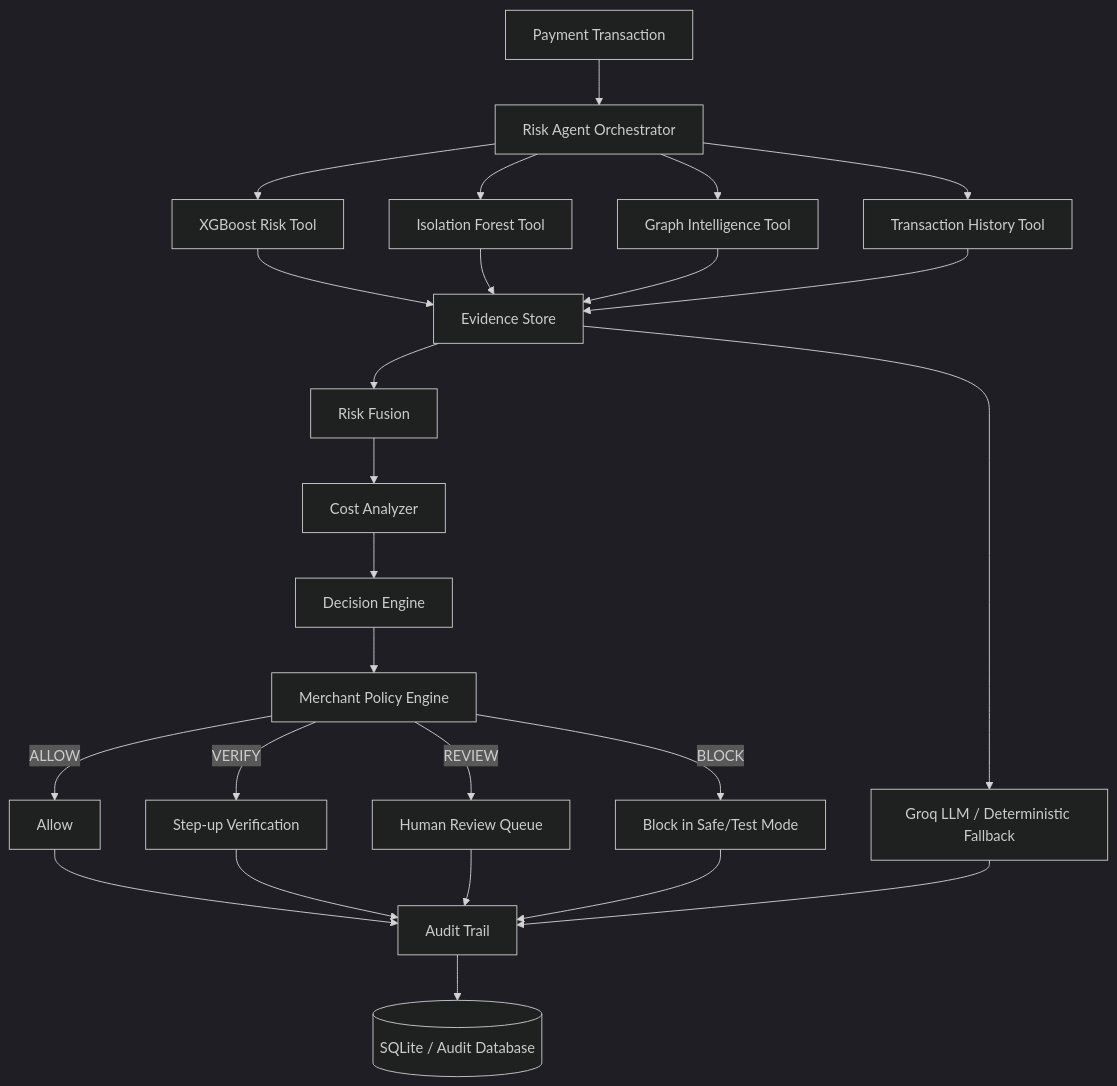
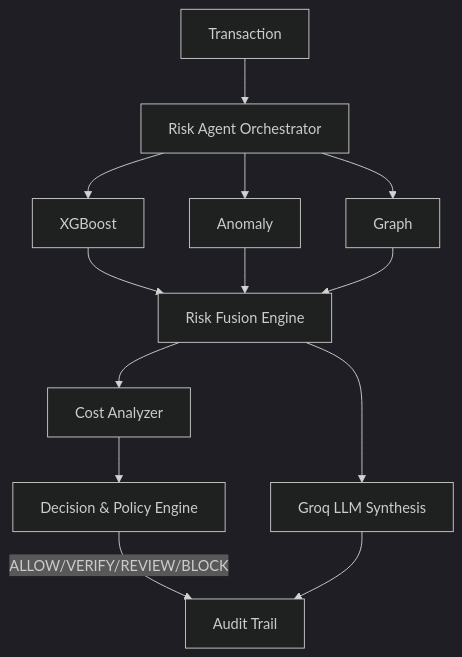
The diagram in README.md (Kriti-kumari221/AI_Risk), drawn with Mermaid (dark theme) before and after one commit. The commit also changed other lines of this file, not shown here.

````diff
--- a/README.md
+++ b/README.md
@@ -24,26 +23,9 @@
 ```mermaid
 graph TD
-    TX[Payment Transaction] --> AG[Risk Agent Orchestrator]
-
-    AG --> XGB[XGBoost Risk Tool]
-    AG --> AN[Isolation Forest Tool]
-    AG --> GR[Graph Intelligence Tool]
-    AG --> HI[Transaction History Tool]
-
-    XGB & AN & GR & HI --> EV[Evidence Store]
-
-    EV --> FU[Risk Fusion]
-    FU --> CO[Cost Analyzer]
-    CO --> DE[Decision Engine]
-    DE --> PO[Merchant Policy Engine]
-
-    PO -->|ALLOW| AL[Allow]
-    PO -->|VERIFY| VE[Step-up Verification]
-    PO -->|REVIEW| RV[Human Review Queue]
-    PO -->|BLOCK| BL[Block in Safe/Test Mode]
-
-    AL & VE & RV & BL --> AU[Audit Trail]
-    EV --> LLM[Groq LLM / Deterministic Fallback] --> AU
-
-    AU --> DB[(SQLite / Audit Database)]
+    TX[Transaction] --> AG[Risk Agent Orchestrator]
+    AG --> XGB[XGBoost] & AN[Anomaly] & GR[Graph]
+    XGB & AN & GR --> FU[Risk Fusion Engine]
+    FU --> CO[Cost Analyzer] --> DE[Decision & Policy Engine]
+    DE -->|ALLOW/VERIFY/REVIEW/BLOCK| AU[Audit Trail]
+    FU --> LLM[Groq LLM Synthesis] --> AU
 ```
````
